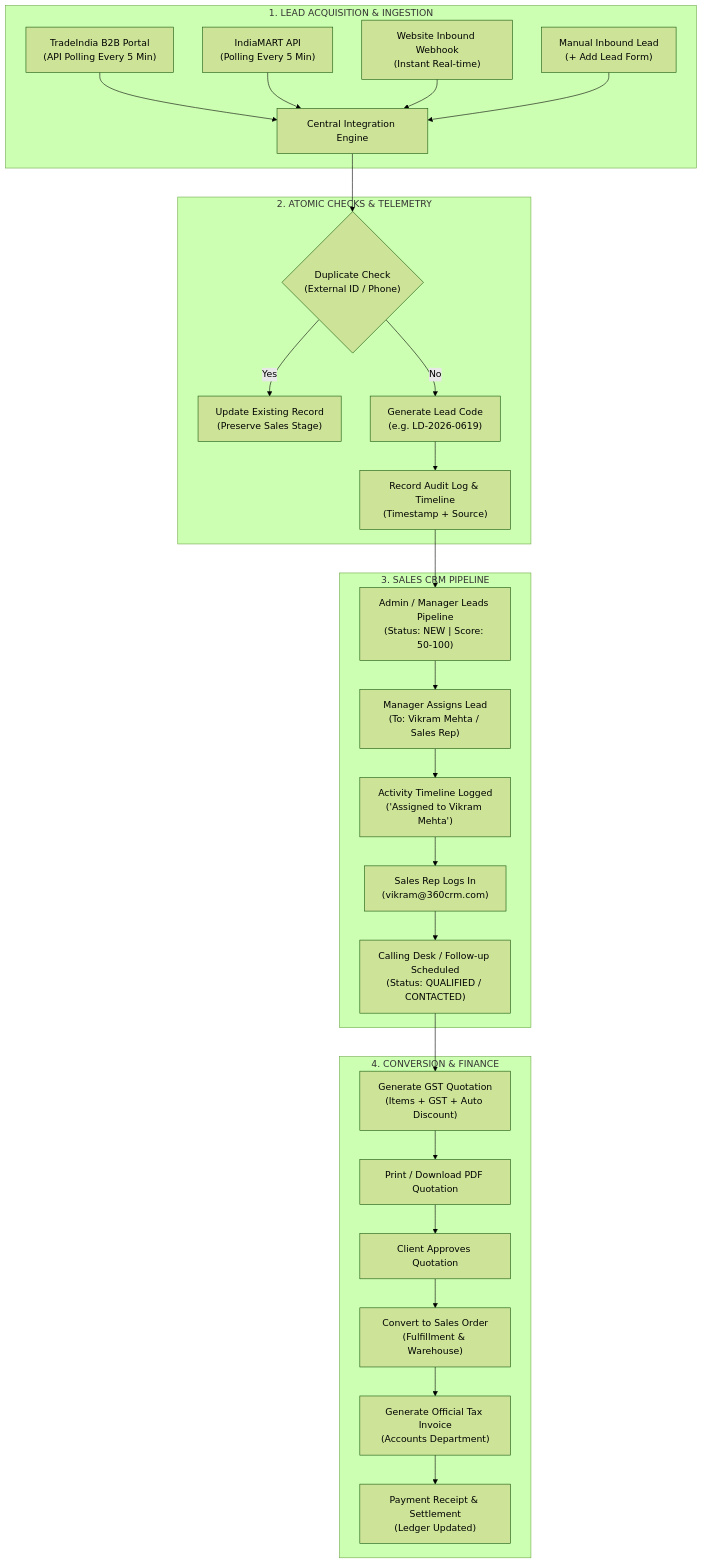
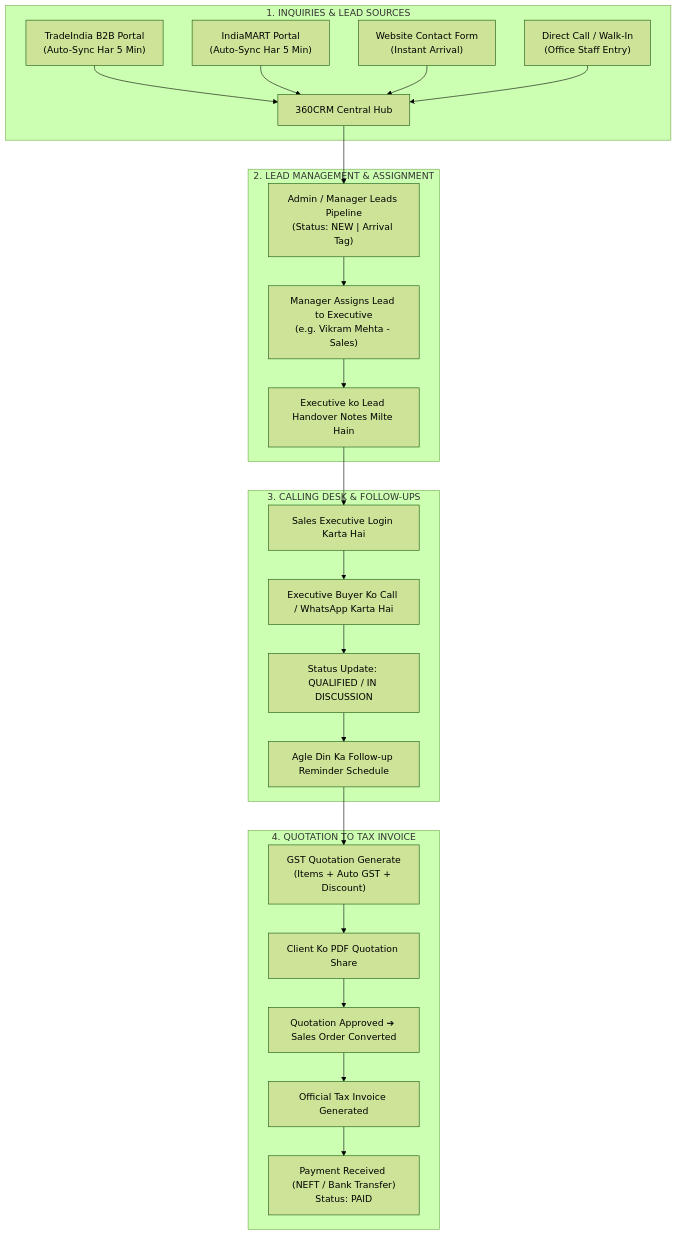
One commit to Shivam55-bit/360crm_shiv changed the diagram in LEAD_TO_CASH_FULL_FLOW_CLIENT_GUIDE.md. Above: the diagram before and after it, drawn with Mermaid (forest theme). The commit also changed other lines of this file, not shown here.

Commit message:
docs: remove technical API jargon and format as pure business operations client guide

````diff
--- a/LEAD_TO_CASH_FULL_FLOW_CLIENT_GUIDE.md
+++ b/LEAD_TO_CASH_FULL_FLOW_CLIENT_GUIDE.md
@@ -24,33 +22,30 @@
 ```mermaid
 flowchart TD
-    subgraph INGESTION ["1. LEAD ACQUISITION & INGESTION"]
-        TI["TradeIndia B2B Portal\n(API Polling Every 5 Min)"] --> ENGINE["Central Integration Engine"]
-        IM["IndiaMART API\n(Polling Every 5 Min)"] --> ENGINE
-        WH["Website Inbound Webhook\n(Instant Real-time)"] --> ENGINE
-        MAN["Manual Inbound Lead\n(+ Add Lead Form)"] --> ENGINE
+    subgraph SOURCING ["1. INQUIRIES & LEAD SOURCES"]
+        TI["TradeIndia B2B Portal\n(Auto-Sync Har 5 Min)"] --> CRM["360CRM Central Hub"]
+        IM["IndiaMART Portal\n(Auto-Sync Har 5 Min)"] --> CRM
+        WEB["Website Contact Form\n(Instant Arrival)"] --> CRM
+        DIRECT["Direct Call / Walk-In\n(Office Staff Entry)"] --> CRM
     end
 
-    subgraph SECURITY ["2. ATOMIC CHECKS & TELEMETRY"]
-        ENGINE --> DUP{"Duplicate Check\n(External ID / Phone)"}
-        DUP -- Yes --> UPD["Update Existing Record\n(Preserve Sales Stage)"]
-        DUP -- No --> NEW["Generate Lead Code\n(e.g. LD-2026-0619)"]
-        NEW --> AUDIT["Record Audit Log & Timeline\n(Timestamp + Source)"]
+    subgraph PIPELINE ["2. LEAD MANAGEMENT & ASSIGNMENT"]
+        CRM --> LEAD_LIST["Admin / Manager Leads Pipeline\n(Status: NEW | Arrival Tag)"]
+        LEAD_LIST --> ASSIGN["Manager Assigns Lead to Executive\n(e.g. Vikram Mehta - Sales)"]
+        ASSIGN --> NOTIF["Executive ko Lead Handover Notes Milte Hain"]
     end
 
-    subgraph SALES_PIPELINE ["3. SALES CRM PIPELINE"]
-        AUDIT --> ADMIN_VIEW["Admin / Manager Leads Pipeline\n(Status: NEW | Score: 50-100)"]
-        ADMIN_VIEW --> ASSIGN["Manager Assigns Lead\n(To: Vikram Mehta / Sales Rep)"]
-        ASSIGN --> NOTIF["Activity Timeline Logged\n('Assigned to Vikram Mehta')"]
-        NOTIF --> REP_LOGIN["Sales Rep Logs In\n(vikram@360crm.com)"]
-        REP_LOGIN --> CALL_DESK["Calling Desk / Follow-up Scheduled\n(Status: QUALIFIED / CONTACTED)"]
+    subgraph SALES_ACTION ["3. CALLING DESK & FOLLOW-UPS"]
+        NOTIF --> REP_LOGIN["Sales Executive Login Karta Hai"]
+        REP_LOGIN --> CALL["Executive Buyer Ko Call / WhatsApp Karta Hai"]
+        CALL --> STAGE["Status Update: QUALIFIED / IN DISCUSSION"]
+        STAGE --> REMINDER["Agle Din Ka Follow-up Reminder Schedule"]
     end
 
-    subgraph CONVERSION ["4. CONVERSION & FINANCE"]
-        CALL_DESK --> QUOTE["Generate GST Quotation\n(Items + GST + Auto Discount)"]
-        QUOTE --> QUOTE_PDF["Print / Download PDF Quotation"]
-        QUOTE_PDF --> APPROVE["Client Approves Quotation"]
-        APPROVE --> SO["Convert to Sales Order\n(Fulfillment & Warehouse)"]
-        SO --> INV["Generate Official Tax Invoice\n(Accounts Department)"]
-        INV --> PAY["Payment Receipt & Settlement\n(Ledger Updated)"]
+    subgraph BILLING ["4. QUOTATION TO TAX INVOICE"]
+        REMINDER --> QUOTE["GST Quotation Generate\n(Items + Auto GST + Discount)"]
+        QUOTE --> PDF["Client Ko PDF Quotation Share"]
+        PDF --> ORDER["Quotation Approved ➔ Sales Order Converted"]
+        ORDER --> INVOICE["Official Tax Invoice Generated"]
+        INVOICE --> PAYMENT["Payment Received (NEFT / Bank Transfer)\nStatus: PAID"]
     end
 ```
````
